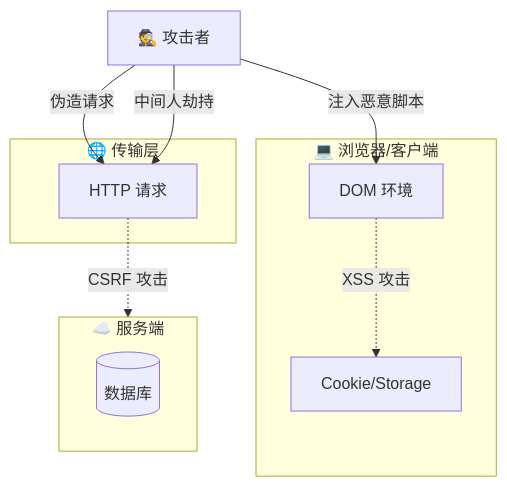
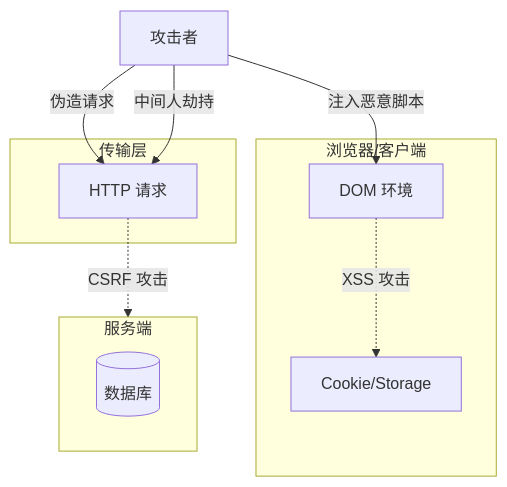
Before and after one commit to pedyc/dg.pedyc: the diagram in content/40-RESOURCES/Web安全.md, drawn with Mermaid. The commit also changed other lines of this file and 149 other files, not shown here.

````diff
--- a/content/40-RESOURCES/Web安全.md
+++ b/content/40-RESOURCES/Web安全.md
@@ -27,23 +30,23 @@
 ```mermaid
 graph TD
-    Attacker[🕵️ 攻击者]
-    
-    subgraph Browser [💻 浏览器/客户端]
+    Attacker[攻击者]
+
+    subgraph Browser [浏览器/客户端]
         DOM[DOM 环境]
         Storage[Cookie/Storage]
     end
-    
-    subgraph Network [🌐 传输层]
+
+    subgraph Network [传输层]
         Req[HTTP 请求]
     end
-    
-    subgraph Server [☁️ 服务端]
+
+    subgraph Server [服务端]
         DB[(数据库)]
     end
 
     Attacker -->|注入恶意脚本| DOM
     DOM -.->|XSS 攻击| Storage
     Attacker -->|伪造请求| Req
     Req -.->|CSRF 攻击| Server
     Attacker -->|中间人劫持| Req
 ```
````
